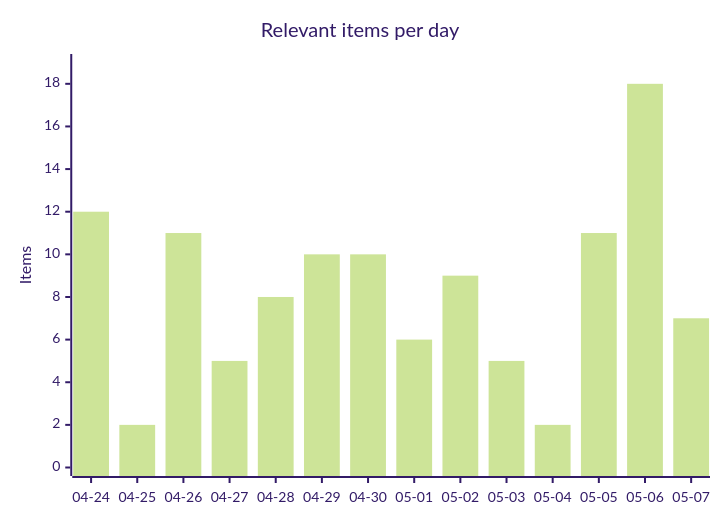
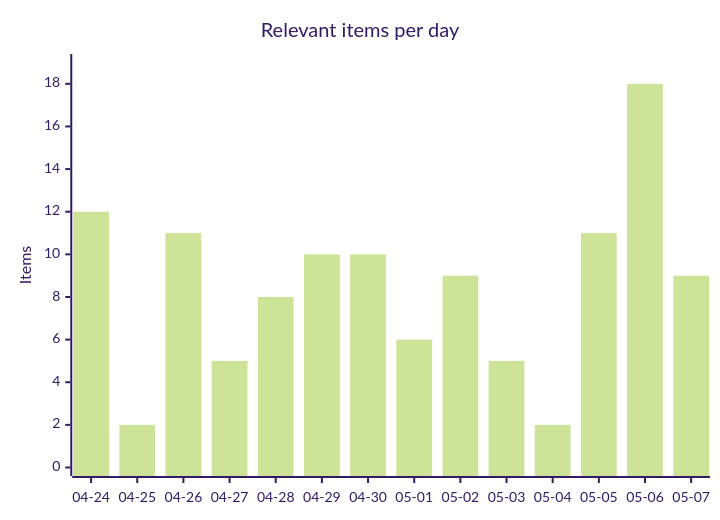
One commit to martinbalfanz/social-scanner-reports changed the first of 4 diagrams in README.md. Above: the diagram before and after it, drawn with Mermaid (forest theme). The commit also changed other lines of this file and 2 other files, not shown here.

````diff
--- a/README.md
+++ b/README.md
@@ -30,7 +30,7 @@
 ```mermaid
 xychart-beta
     title "Relevant items per day"
     x-axis ["04-24", "04-25", "04-26", "04-27", "04-28", "04-29", "04-30", "05-01", "05-02", "05-03", "05-04", "05-05", "05-06", "05-07"]
     y-axis "Items" 0 --> 19
-    bar [12, 2, 11, 5, 8, 10, 10, 6, 9, 5, 2, 11, 18, 7]
+    bar [12, 2, 11, 5, 8, 10, 10, 6, 9, 5, 2, 11, 18, 9]
 ```
````
